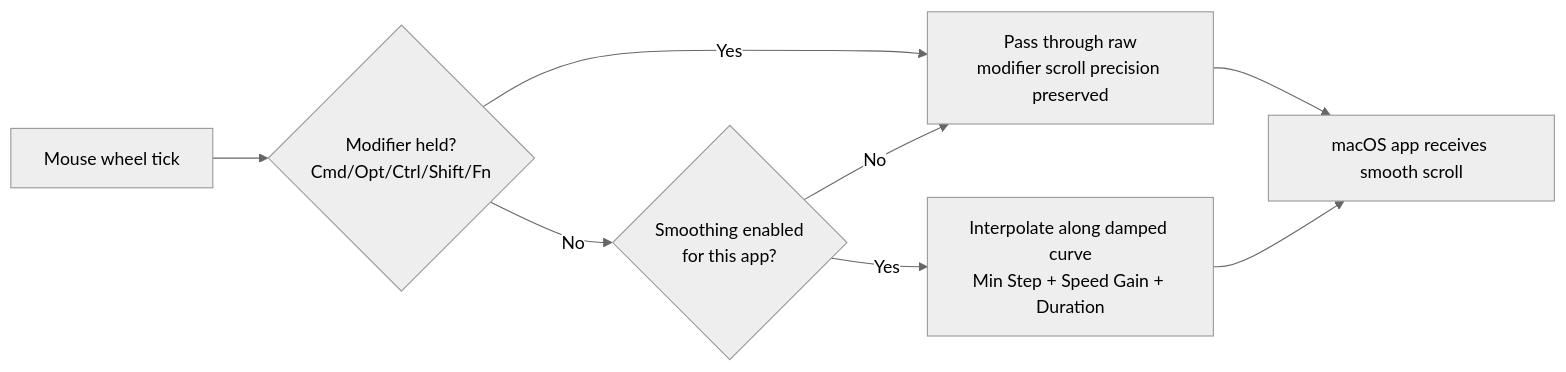
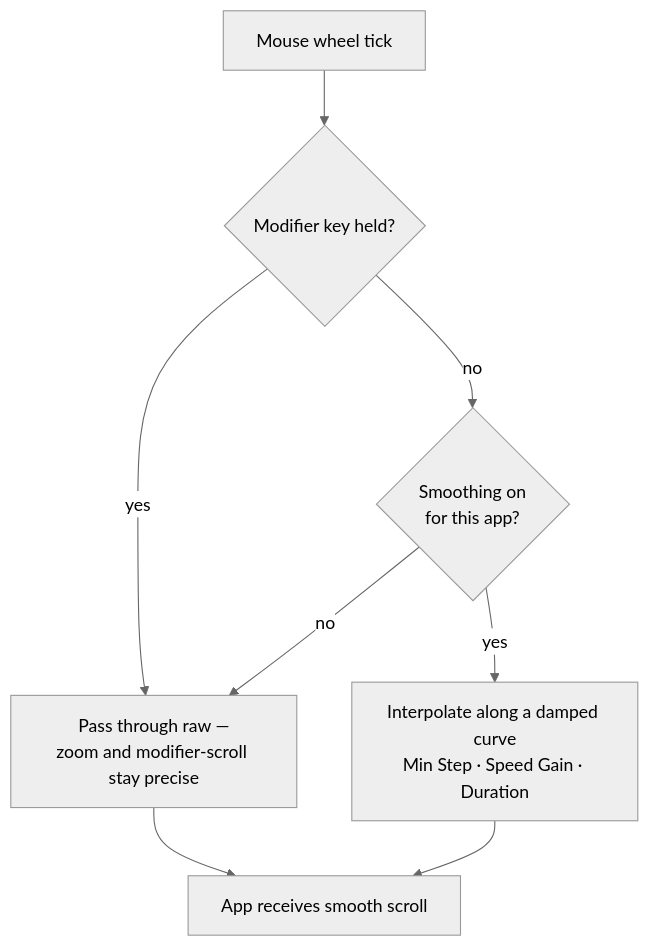
One commit to xiaopozhu/linguax-web changed the diagram in docs/mouse-plus/fundamentals/smooth-scrolling.md. Above: the diagram before and after it, drawn with Mermaid (neutral theme). The commit also changed 18 other files, not shown here.

First line of the commit message:
docs(polish): fix cramped LR diagrams, redesign model SVGs, full recognition table, navbar links

````diff
--- a/docs/mouse-plus/fundamentals/smooth-scrolling.md
+++ b/docs/mouse-plus/fundamentals/smooth-scrolling.md
@@ -19,10 +19,10 @@
 ```mermaid
-flowchart LR
-    W[Mouse wheel tick] --> C{Modifier held?<br/>Cmd/Opt/Ctrl/Shift/Fn}
-    C -- Yes --> BP[Pass through raw<br/>modifier scroll precision preserved]
-    C -- No --> S{Smoothing enabled<br/>for this app?}
-    S -- No --> BP
-    S -- Yes --> I[Interpolate along damped curve<br/>Min Step + Speed Gain + Duration]
-    I --> APP[macOS app receives smooth scroll]
+flowchart TD
+    W[Mouse wheel tick] --> C{Modifier key held?}
+    C -- yes --> BP[Pass through raw —<br/>zoom and modifier-scroll stay precise]
+    C -- no --> S{Smoothing on<br/>for this app?}
+    S -- no --> BP
+    S -- yes --> I[Interpolate along a damped curve<br/>Min Step · Speed Gain · Duration]
+    I --> APP[App receives smooth scroll]
     BP --> APP
 ```
````
